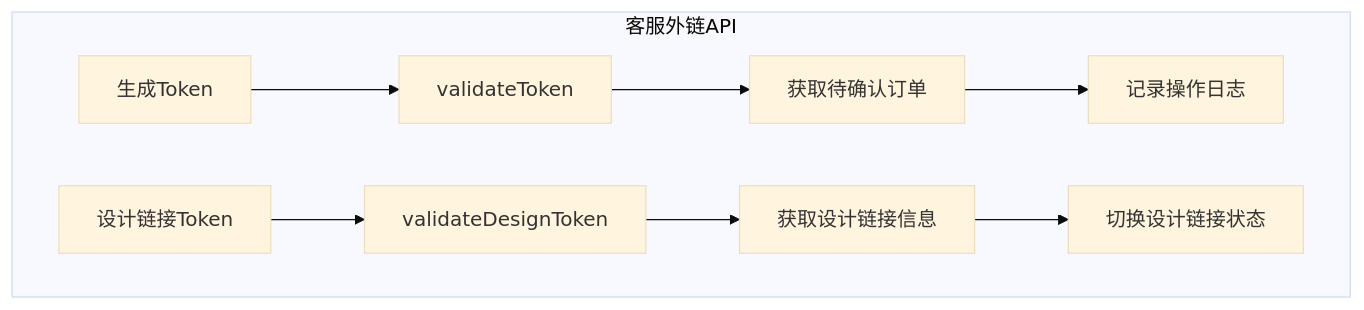
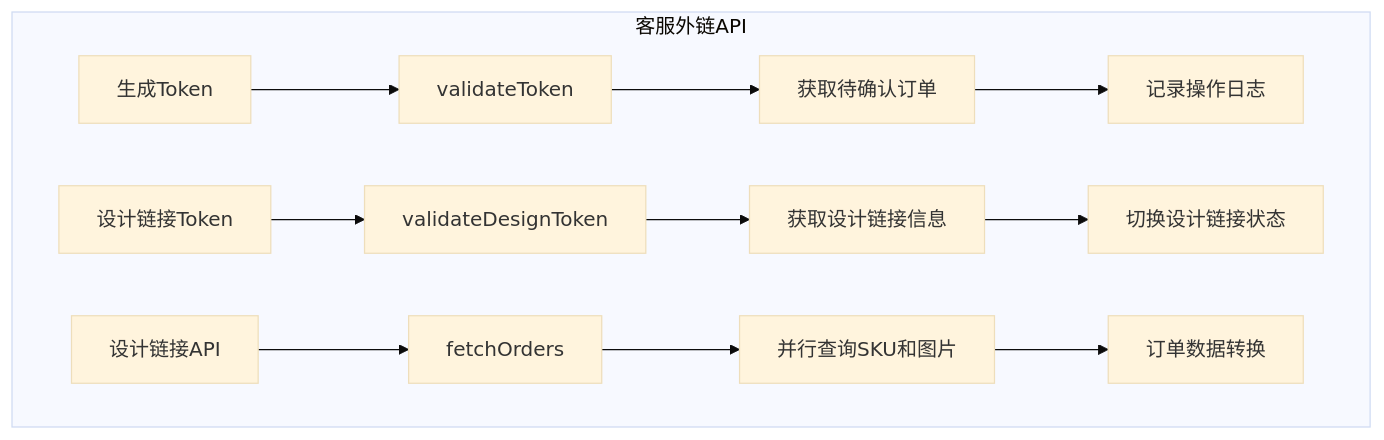
Before and after one commit to SY6621/POD-Order-Management: diagram 19 of 33 in .qoder/repowiki/zh/content/开发指南/Vue组件架构.md, drawn with Mermaid (base theme). The commit also changed other lines of this file and 16 other files, not shown here.

````diff
--- a/.qoder/repowiki/zh/content/开发指南/Vue组件架构.md
+++ b/.qoder/repowiki/zh/content/开发指南/Vue组件架构.md
@@ -890,11 +1010,14 @@
 ```mermaid
 graph TB
 subgraph "客服外链API"
 A[生成Token] --> B[validateToken]
 B --> C[获取待确认订单]
 C --> D[记录操作日志]
 E[设计链接Token] --> F[validateDesignToken]
 F --> G[获取设计链接信息]
 G --> H[切换设计链接状态]
+I[设计链接API] --> J[fetchOrders]
+J --> K[并行查询SKU和图片]
+K --> L[订单数据转换]
 end
 ```
````
